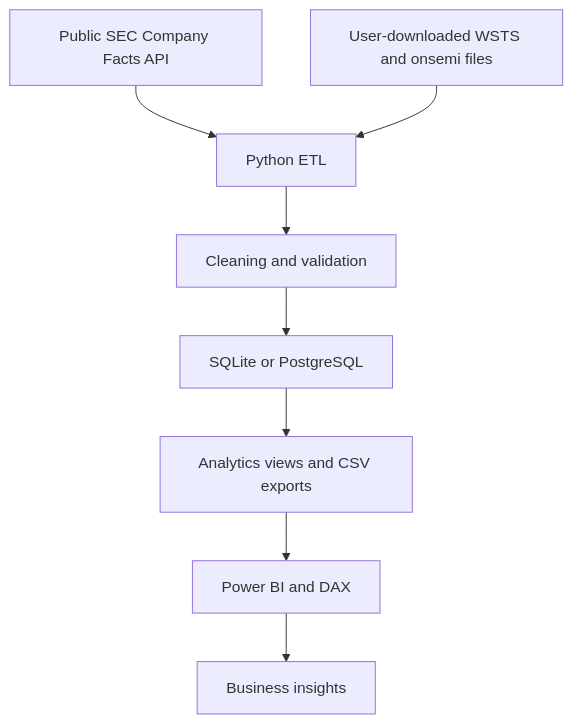
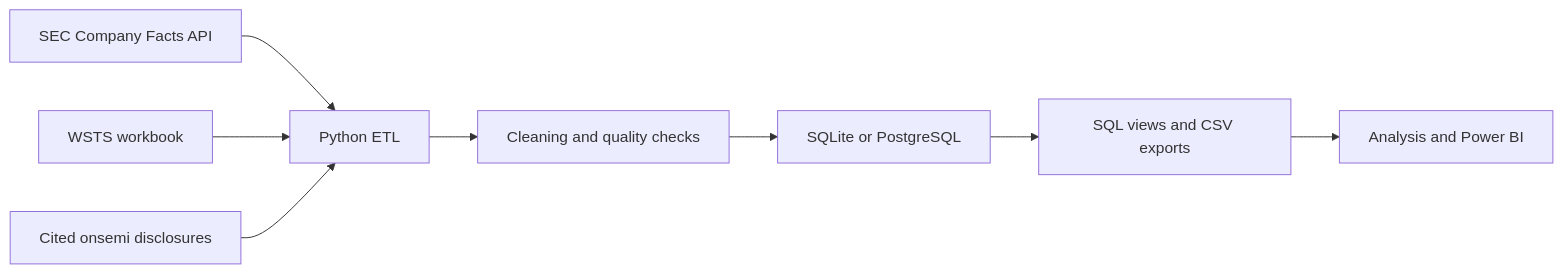
One commit to YB-Yottabyte/chip-market-insights changed the diagram in README.md. Above: the diagram before and after it, drawn with Mermaid. The commit also changed other lines of this file, not shown here.

````diff
--- a/README.md
+++ b/README.md
@@ -9,10 +16,10 @@
 ```mermaid
-flowchart TD
-  A[Public SEC Company Facts API] --> C[Python ETL]
-  B[User-downloaded WSTS and onsemi files] --> C
-  C --> D[Cleaning and validation]
-  D --> E[SQLite or PostgreSQL]
-  E --> F[Analytics views and CSV exports]
-  F --> G[Power BI and DAX]
-  G --> H[Business insights]
+flowchart LR
+    A[SEC Company Facts API] --> C[Python ETL]
+    B[WSTS workbook] --> C
+    D[Cited onsemi disclosures] --> C
+    C --> E[Cleaning and quality checks]
+    E --> F[SQLite or PostgreSQL]
+    F --> G[SQL views and CSV exports]
+    G --> H[Analysis and Power BI]
 ```
````
